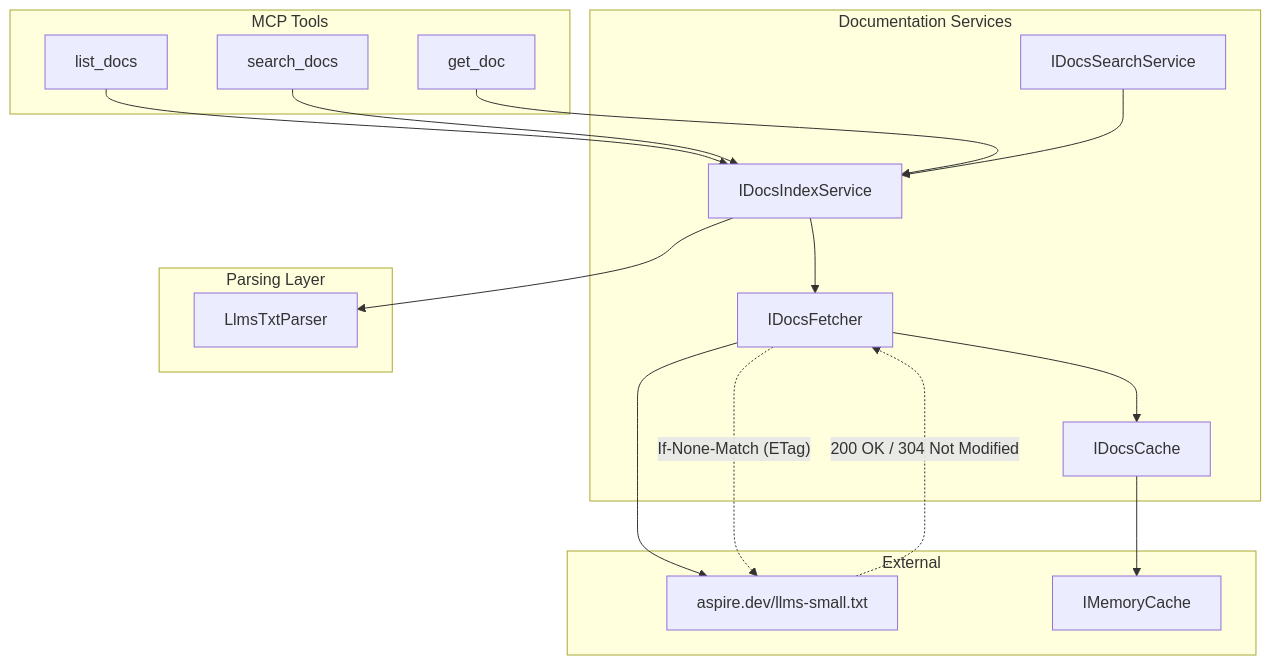
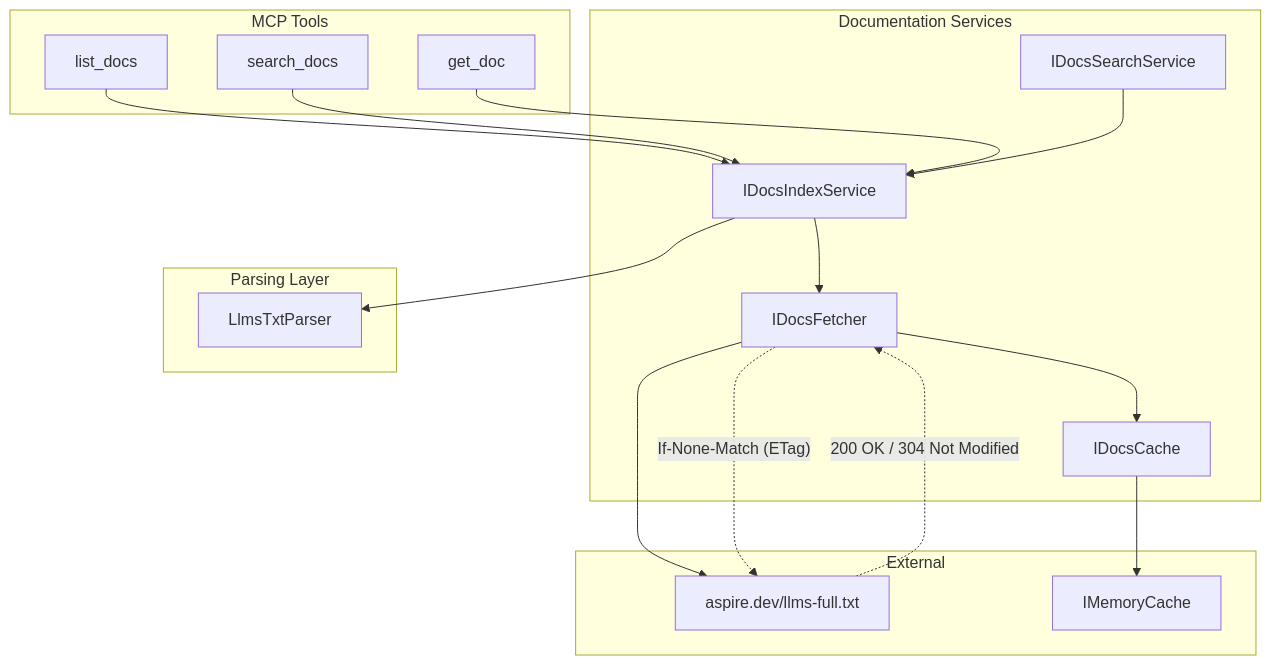
Before and after one commit to microsoft/aspire: the first of 2 diagrams in docs/specs/mcp-docs-search.md, drawn with Mermaid. The commit also changed other lines of this file and 5 other files, not shown here.

First line of the commit message:
Switch CLI docs default source to llms-full.txt

````diff
--- a/docs/specs/mcp-docs-search.md
+++ b/docs/specs/mcp-docs-search.md
@@ -67,39 +67,39 @@
 ```mermaid
 flowchart TB
     subgraph Tools["MCP Tools"]
         ListDocs["list_docs"]
         SearchDocs["search_docs"]
         GetDoc["get_doc"]
     end
 
     subgraph Services["Documentation Services"]
         IndexService["IDocsIndexService"]
         SearchService["IDocsSearchService"]
         Fetcher["IDocsFetcher"]
         Cache["IDocsCache"]
     end
 
     subgraph Parsing["Parsing Layer"]
         Parser["LlmsTxtParser"]
     end
 
     subgraph External["External"]
-        AspireDev["aspire.dev/llms-small.txt"]
+        AspireDev["aspire.dev/llms-full.txt"]
         MemoryCache["IMemoryCache"]
     end
 
     ListDocs --> IndexService
     SearchDocs --> IndexService
     GetDoc --> IndexService
 
     IndexService --> Fetcher
     IndexService --> Parser
     SearchService --> IndexService
 
     Fetcher --> Cache
     Fetcher --> AspireDev
     Cache --> MemoryCache
 
     Fetcher -.->|"If-None-Match (ETag)"| AspireDev
     AspireDev -.->|"200 OK / 304 Not Modified"| Fetcher
 ```
````
